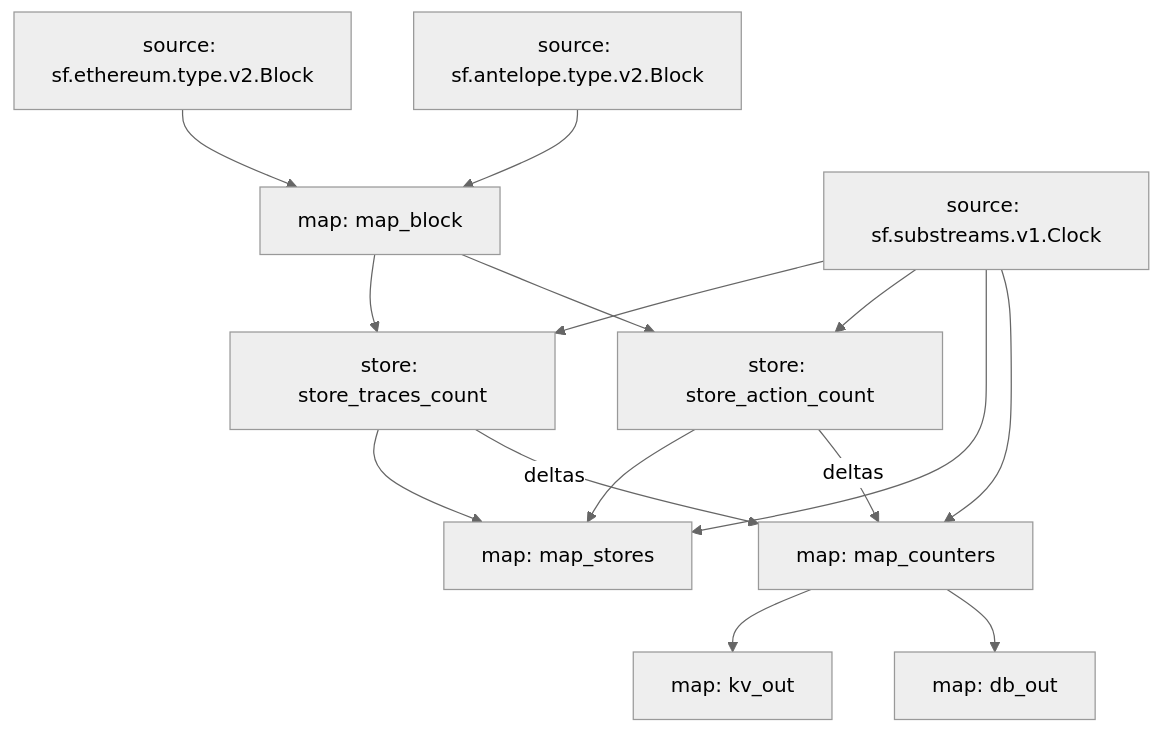
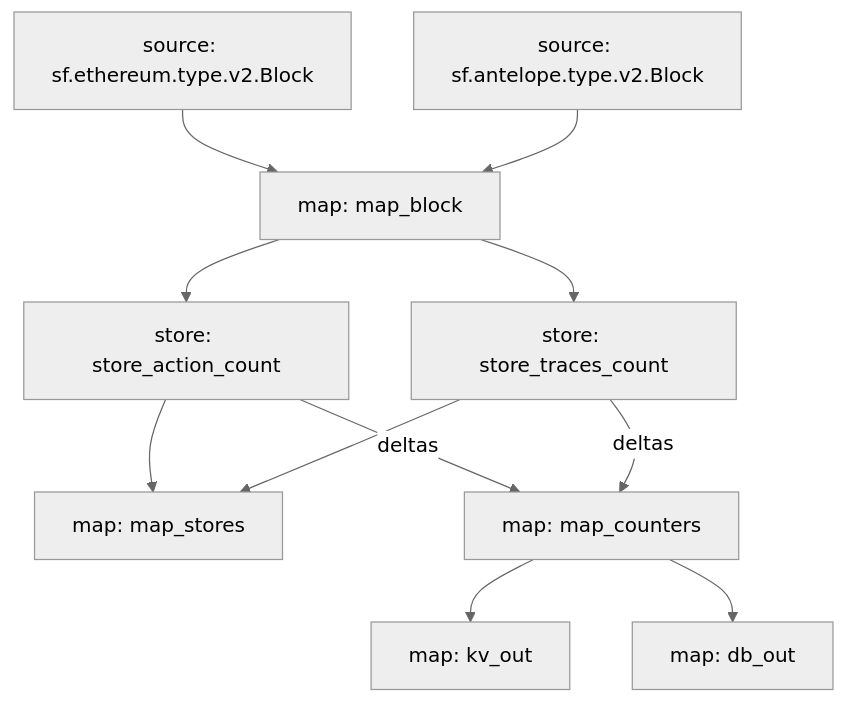
Before and after one commit to pinax-network/subtivity-substreams: the diagram in README.md, drawn with Mermaid (neutral theme). The commit also changed 1 other file, not shown here.

Commit message:
remove clock from graph

````diff
--- a/README.md
+++ b/README.md
@@ -40,24 +40,20 @@
 ```mermaid
 graph TD;
   map_block[map: map_block]
   sf.ethereum.type.v2.Block[source: sf.ethereum.type.v2.Block] --> map_block
   sf.antelope.type.v2.Block[source: sf.antelope.type.v2.Block] --> map_block
   store_traces_count[store: store_traces_count]
-  sf.substreams.v1.Clock[source: sf.substreams.v1.Clock] --> store_traces_count
   map_block --> store_traces_count
   store_action_count[store: store_action_count]
-  sf.substreams.v1.Clock[source: sf.substreams.v1.Clock] --> store_action_count
   map_block --> store_action_count
   map_stores[map: map_stores]
-  sf.substreams.v1.Clock[source: sf.substreams.v1.Clock] --> map_stores
   store_action_count --> map_stores
   store_traces_count --> map_stores
   map_counters[map: map_counters]
-  sf.substreams.v1.Clock[source: sf.substreams.v1.Clock] --> map_counters
   store_action_count -- deltas --> map_counters
   store_traces_count -- deltas --> map_counters
   kv_out[map: kv_out]
   map_counters --> kv_out
   db_out[map: db_out]
   map_counters --> db_out
 ```
````
